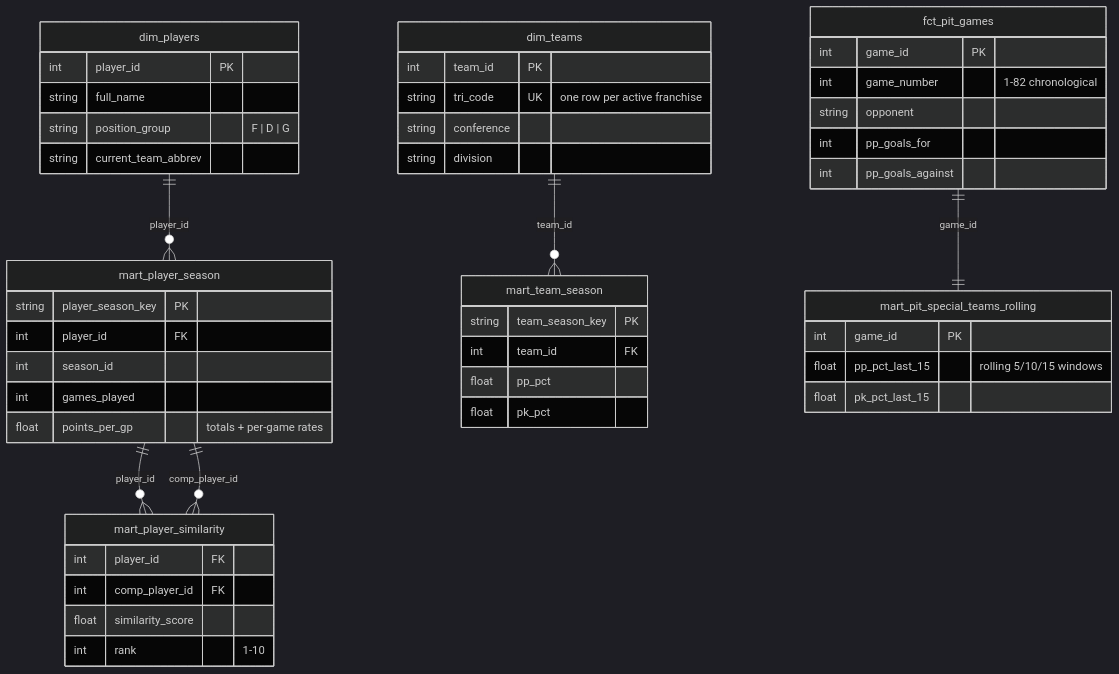
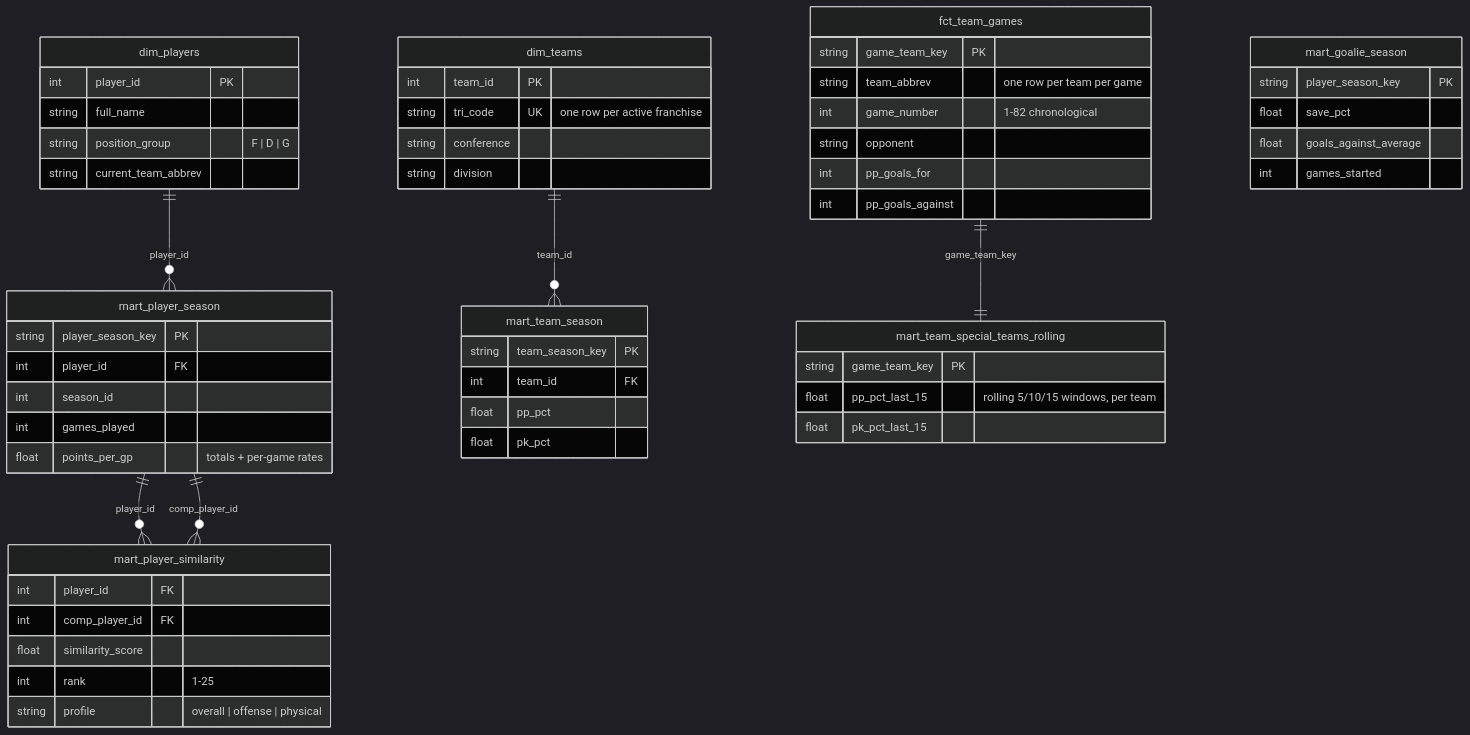
One commit to FakeJenton/hockey-research-agent changed the diagram in docs/architecture.md. Above: the diagram before and after it, drawn with Mermaid (dark theme). The commit also changed other lines of this file and 36 other files, not shown here.

First line of the commit message:
Director review round: league-wide game grain, TOI-honest per-60 stats, similarity v2, streaming multi-turn agent, evals, ops hardening

````diff
--- a/docs/architecture.md
+++ b/docs/architecture.md
@@ -44,52 +47,60 @@
 ```mermaid
 erDiagram
     dim_players {
         int player_id PK
         string full_name
         string position_group "F | D | G"
         string current_team_abbrev
     }
     dim_teams {
         int team_id PK
         string tri_code UK "one row per active franchise"
         string conference
         string division
     }
     mart_player_season {
         string player_season_key PK
         int player_id FK
         int season_id
         int games_played
         float points_per_gp "totals + per-game rates"
     }
     mart_team_season {
         string team_season_key PK
         int team_id FK
         float pp_pct
         float pk_pct
     }
-    fct_pit_games {
-        int game_id PK
+    fct_team_games {
+        string game_team_key PK
+        string team_abbrev "one row per team per game"
         int game_number "1-82 chronological"
         string opponent
         int pp_goals_for
         int pp_goals_against
     }
-    mart_pit_special_teams_rolling {
-        int game_id PK
-        float pp_pct_last_15 "rolling 5/10/15 windows"
+    mart_team_special_teams_rolling {
+        string game_team_key PK
+        float pp_pct_last_15 "rolling 5/10/15 windows, per team"
         float pk_pct_last_15
+    }
+    mart_goalie_season {
+        string player_season_key PK
+        float save_pct
+        float goals_against_average
+        int games_started
     }
     mart_player_similarity {
         int player_id FK
         int comp_player_id FK
         float similarity_score
-        int rank "1-10"
+        int rank "1-25"
+        string profile "overall | offense | physical"
     }
 
     dim_players ||--o{ mart_player_season : "player_id"
     dim_teams ||--o{ mart_team_season : "team_id"
-    fct_pit_games ||--|| mart_pit_special_teams_rolling : "game_id"
+    fct_team_games ||--|| mart_team_special_teams_rolling : "game_team_key"
     mart_player_season ||--o{ mart_player_similarity : "player_id"
     mart_player_season ||--o{ mart_player_similarity : "comp_player_id"
 ```
````
